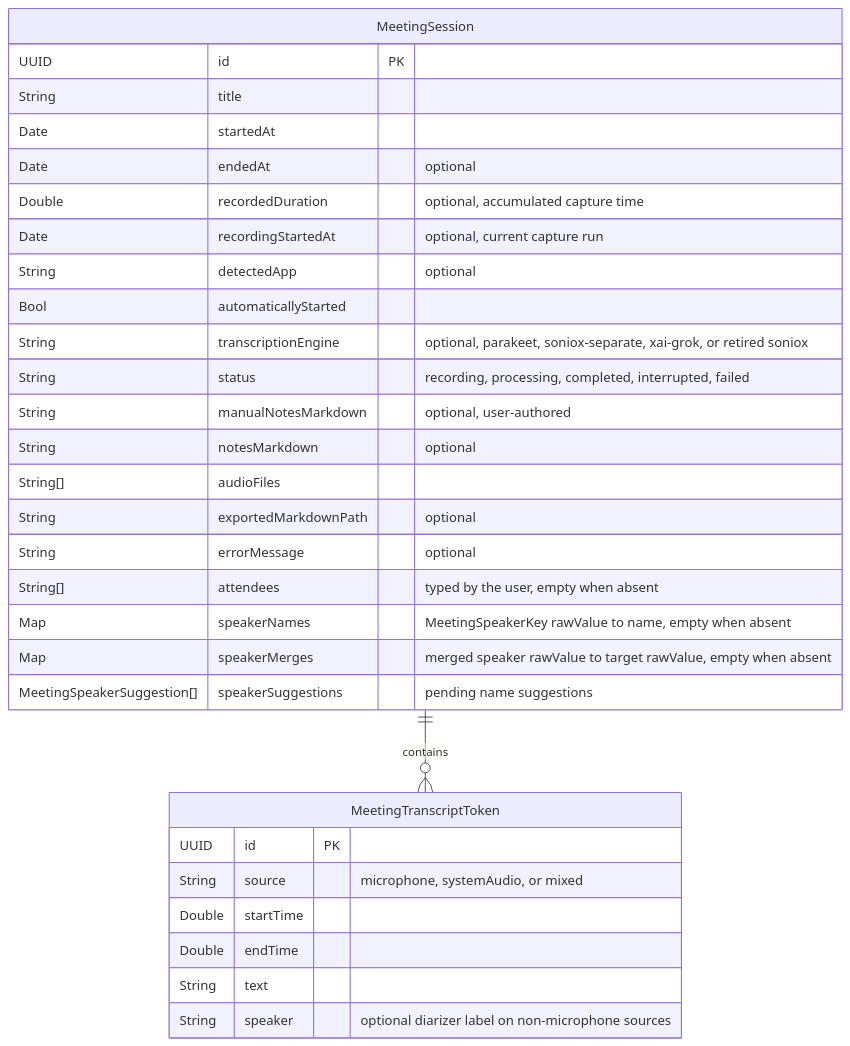
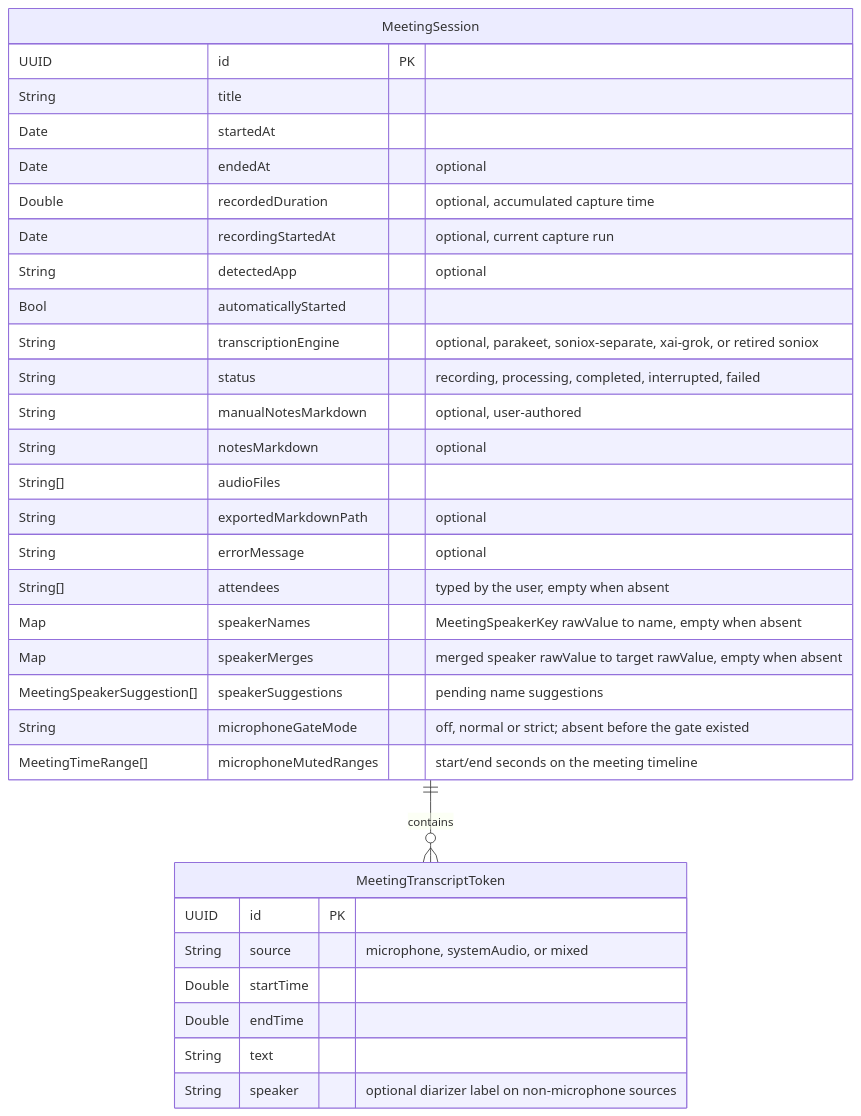
Before and after one commit to dkapo88/WonderWhisper-macOS: the fourth of 14 diagrams in datamodel.md, drawn with Mermaid. The commit also changed other lines of this file and 22 other files, not shown here.

Commit message:
feat: gate the meeting microphone and add a mute button (#6)

````diff
--- a/datamodel.md
+++ b/datamodel.md
@@ -233,35 +233,37 @@
 ```mermaid
 erDiagram
     MeetingSession ||--o{ MeetingTranscriptToken : "contains"
 
     MeetingSession {
         UUID id PK
         String title
         Date startedAt
         Date endedAt "optional"
         Double recordedDuration "optional, accumulated capture time"
         Date recordingStartedAt "optional, current capture run"
         String detectedApp "optional"
         Bool automaticallyStarted
         String transcriptionEngine "optional, parakeet, soniox-separate, xai-grok, or retired soniox"
         String status "recording, processing, completed, interrupted, failed"
         String manualNotesMarkdown "optional, user-authored"
         String notesMarkdown "optional"
         String[] audioFiles
         String exportedMarkdownPath "optional"
         String errorMessage "optional"
         String[] attendees "typed by the user, empty when absent"
         Map speakerNames "MeetingSpeakerKey rawValue to name, empty when absent"
         Map speakerMerges "merged speaker rawValue to target rawValue, empty when absent"
         MeetingSpeakerSuggestion[] speakerSuggestions "pending name suggestions"
+        String microphoneGateMode "off, normal or strict; absent before the gate existed"
+        MeetingTimeRange[] microphoneMutedRanges "start/end seconds on the meeting timeline"
     }
 
     MeetingTranscriptToken {
         UUID id PK
         String source "microphone, systemAudio, or mixed"
         Double startTime
         Double endTime
         String text
         String speaker "optional diarizer label on non-microphone sources"
     }
 ```
````
